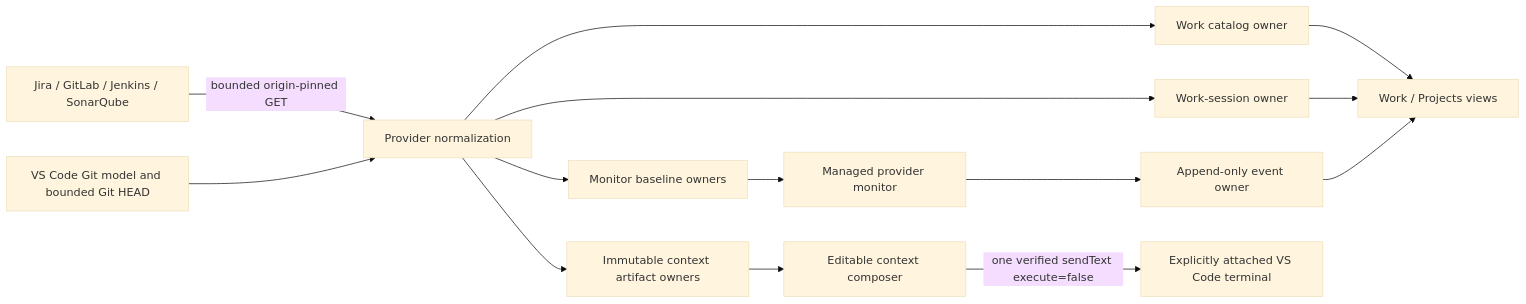
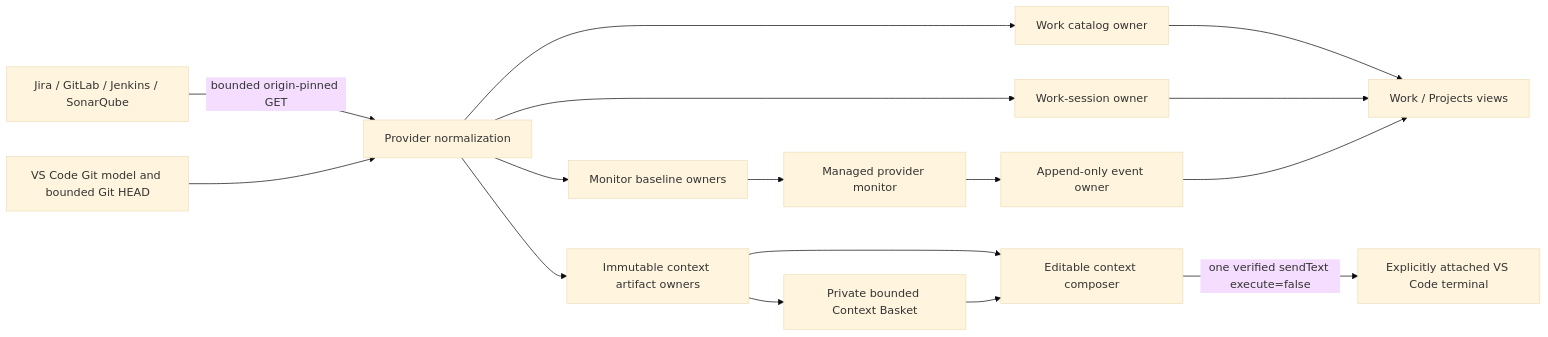
The diagram in docs/state-ownership.md (jmac4909/kronos), drawn with Mermaid (base theme) before and after one commit. The commit also changed other lines of this file and 22 other files, not shown here.

Commit message:
Add private context basket

````diff
--- a/docs/state-ownership.md
+++ b/docs/state-ownership.md
@@ -5,16 +5,18 @@
 ```mermaid
 flowchart LR
   P[Jira / GitLab / Jenkins / SonarQube] -->|bounded origin-pinned GET| N[Provider normalization]
   G[VS Code Git model and bounded Git HEAD] --> N
   N --> W[Work catalog owner]
   N --> S[Work-session owner]
   N --> B[Monitor baseline owners]
   N --> C[Immutable context artifact owners]
   W --> V[Work / Projects views]
   S --> V
   B --> M[Managed provider monitor]
   M --> E[Append-only event owner]
   E --> V
   C --> X[Editable context composer]
+  C --> K[Private bounded Context Basket]
+  K --> X
   X -->|one verified sendText execute=false| T[Explicitly attached VS Code terminal]
 ```
````
